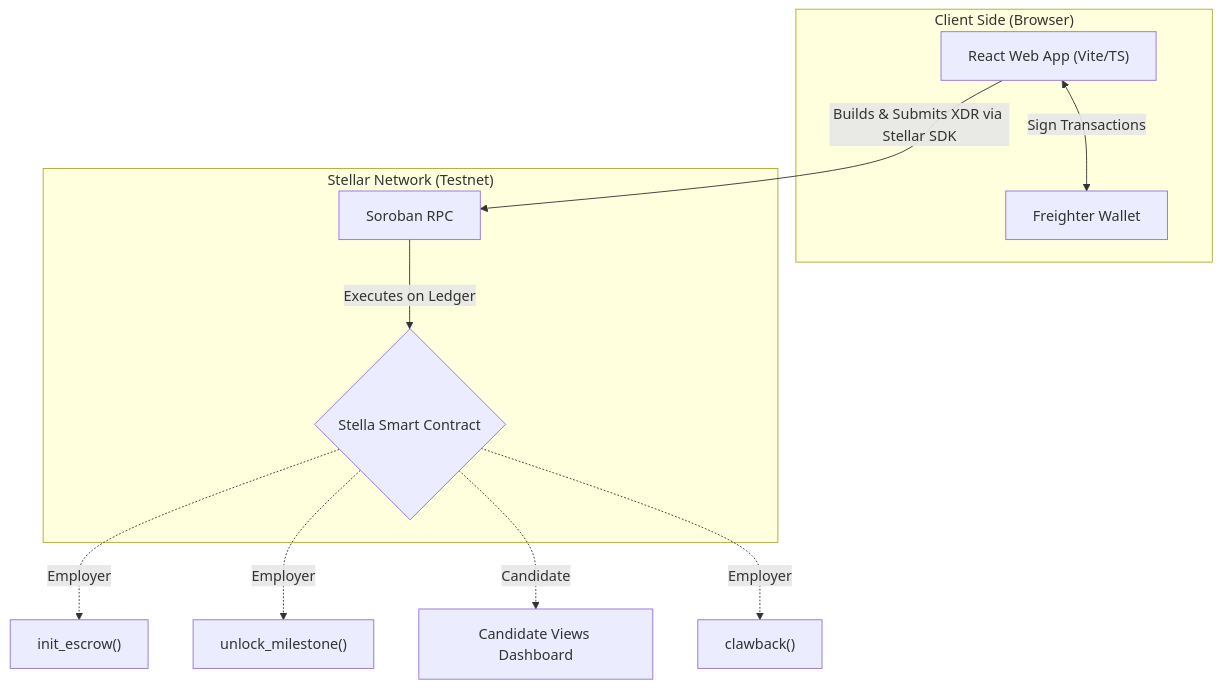
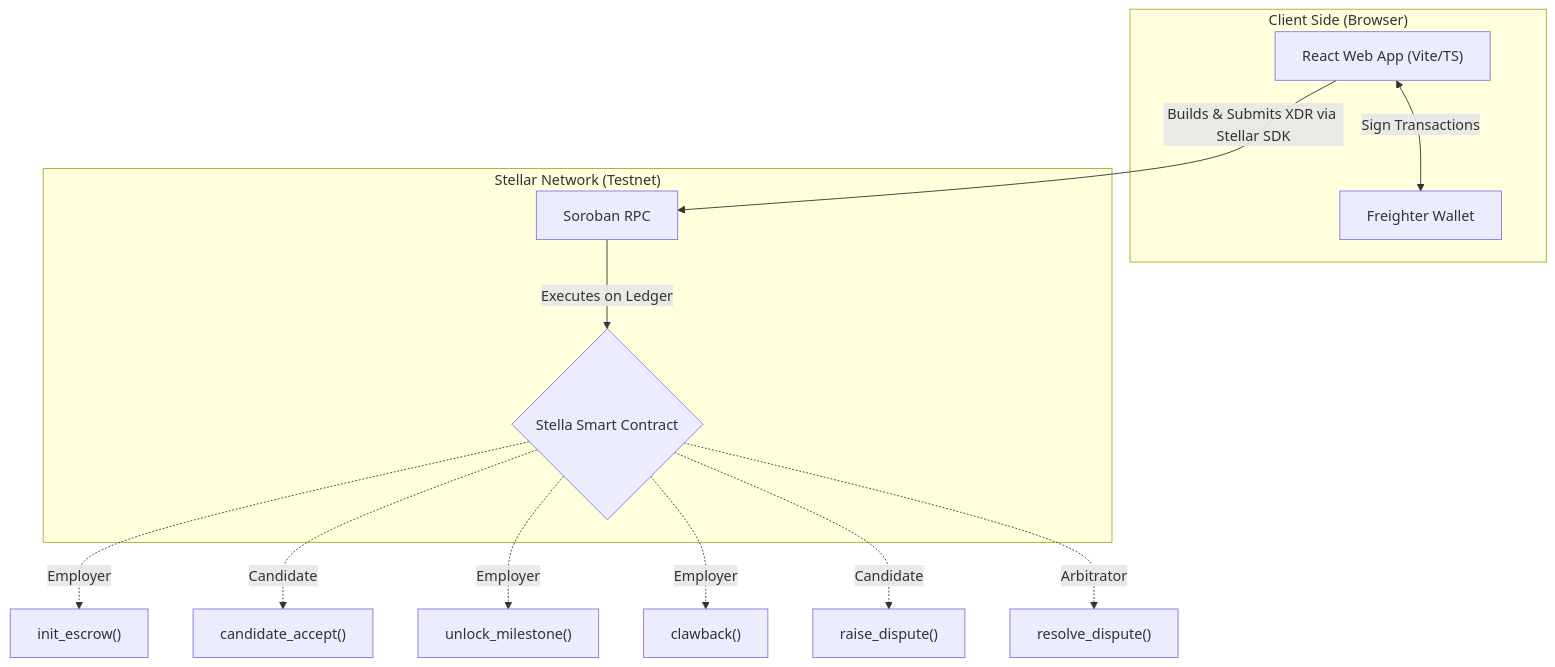
Before and after one commit to delatorrecj/stellar: the second of 2 diagrams in README.md, drawn with Mermaid. The commit also changed other lines of this file and 23 other files, not shown here.

````diff
--- a/README.md
+++ b/README.md
@@ -32,19 +47,21 @@
 ```mermaid
 graph TD
     subgraph Client ["Client Side (Browser)"]
         UI["React Web App (Vite/TS)"] <--> |"Sign Transactions"| W["Freighter Wallet"]
     end
 
     subgraph Stellar ["Stellar Network (Testnet)"]
         RPC["Soroban RPC"]
         SC{"Stella Smart Contract"}
     end
 
     UI --> |"Builds & Submits XDR via Stellar SDK"| RPC
     RPC --> |"Executes on Ledger"| SC
 
     SC -.-> |"Employer"| Init["init_escrow()"]
+    SC -.-> |"Candidate"| Accept["candidate_accept()"]
     SC -.-> |"Employer"| Unlock["unlock_milestone()"]
-    SC -.-> |"Candidate"| Read["Candidate Views Dashboard"]
     SC -.-> |"Employer"| Clawback["clawback()"]
+    SC -.-> |"Candidate"| Dispute["raise_dispute()"]
+    SC -.-> |"Arbitrator"| Resolve["resolve_dispute()"]
 ```
````
